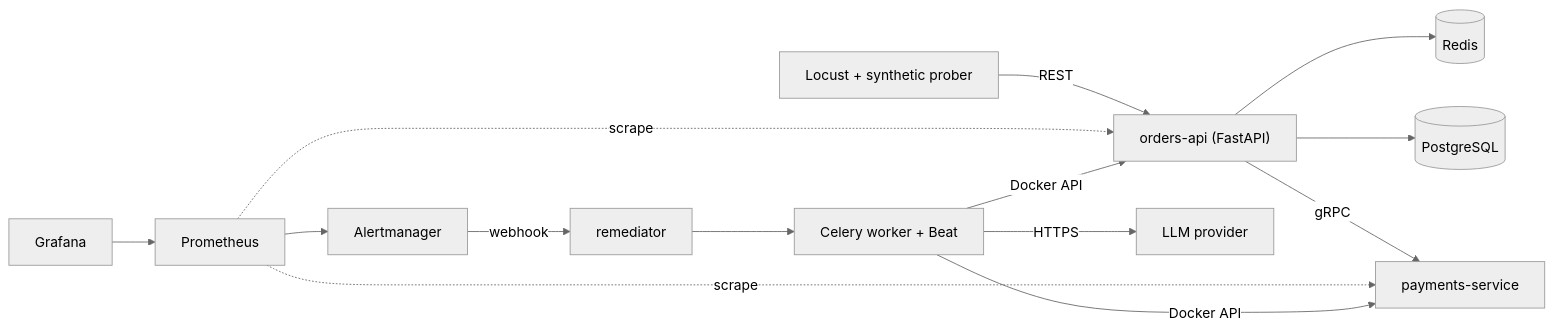
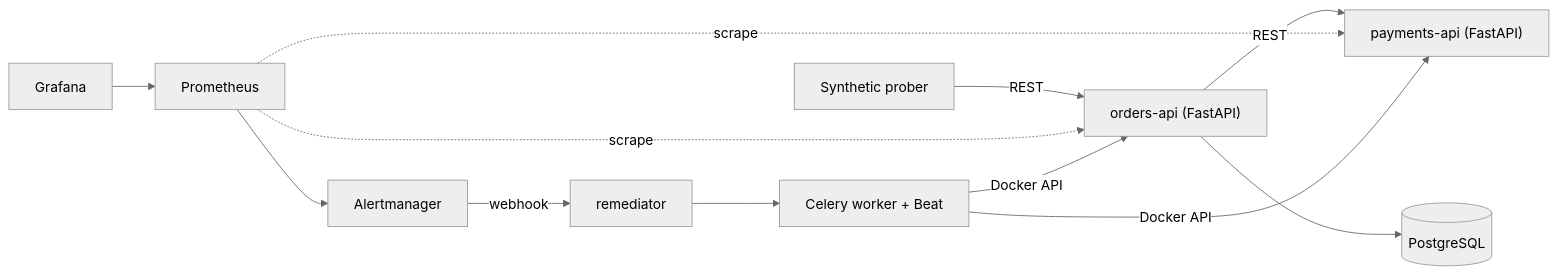
The diagram in README.md (ahmedootta/reliability-platform), drawn with Mermaid (neutral theme) before and after one commit. The commit also changed other lines of this file and 5 other files, not shown here.

````diff
--- a/README.md
+++ b/README.md
@@ -20,15 +18,13 @@
 ```mermaid
 flowchart LR
-  T["Locust + synthetic prober"] -->|REST| O["orders-api (FastAPI)"]
-  O -->|gRPC| PAY["payments-service"]
+  P["Synthetic prober"] -->|REST| O["orders-api (FastAPI)"]
+  O -->|REST| PAY["payments-api (FastAPI)"]
   O --> DB[("PostgreSQL")]
-  O --> RC[("Redis")]
   PROM["Prometheus"] -.->|scrape| O
   PROM -.->|scrape| PAY
   PROM --> AM["Alertmanager"] -->|webhook| REM["remediator"]
   REM --> W["Celery worker + Beat"]
   W -->|Docker API| O
   W -->|Docker API| PAY
-  W -->|HTTPS| LLM["LLM provider"]
   GR["Grafana"] --> PROM
 ```
````
